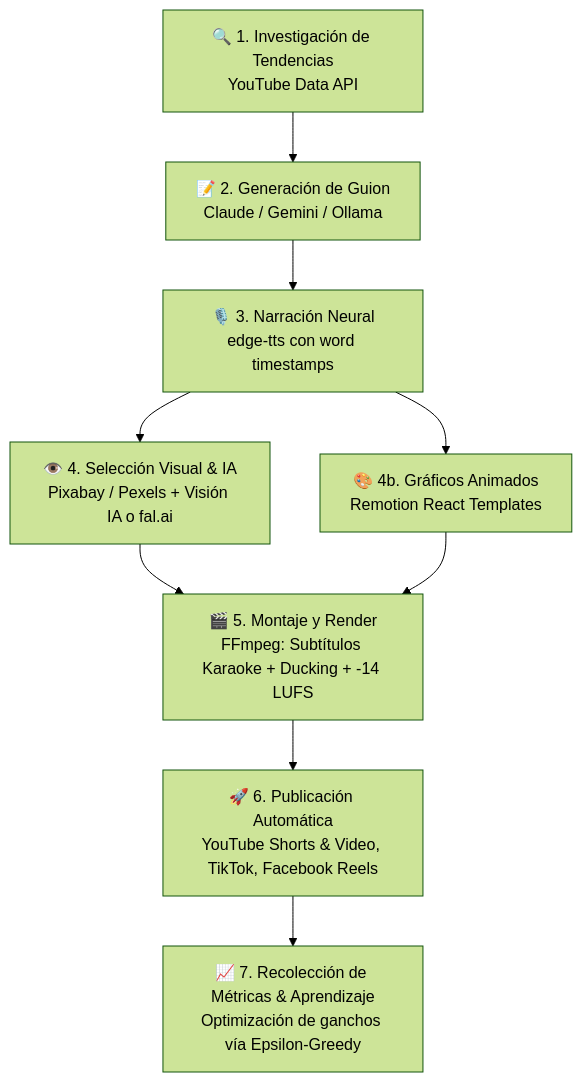
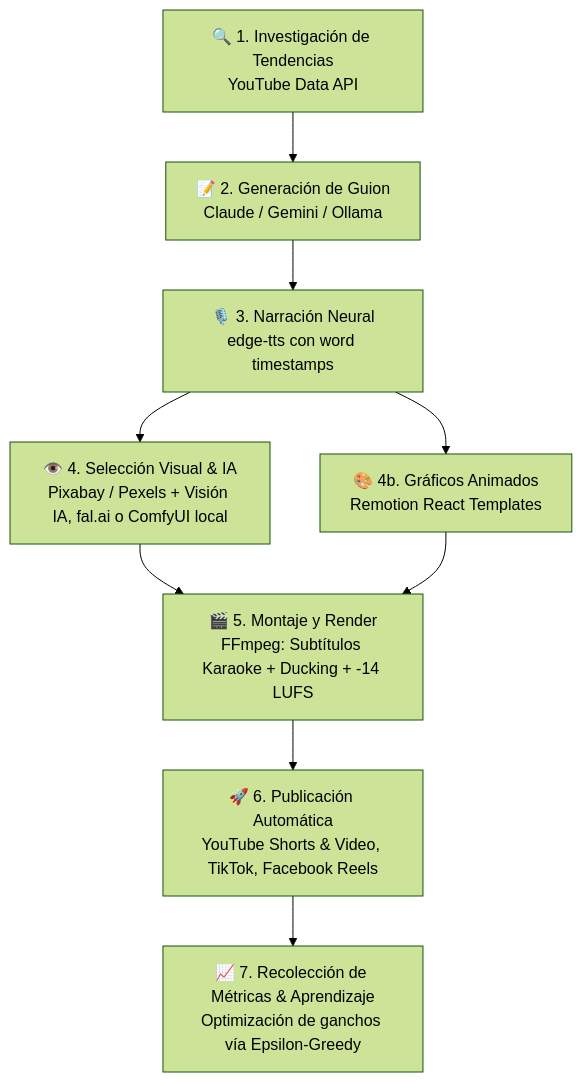
One commit to XxDroxzxX/Agente-Clip changed the diagram in README.md. Above: the diagram before and after it, drawn with Mermaid (forest theme). The commit also changed other lines of this file and 10 other files, not shown here.

First line of the commit message:
feat: proveedor de video IA local con ComfyUI (Wan 2.2 TI2V-5B)

````diff
--- a/README.md
+++ b/README.md
@@ -32,11 +32,11 @@
 ```mermaid
 flowchart TD
     A[🔍 1. Investigación de Tendencias\nYouTube Data API] --> B[📝 2. Generación de Guion\nClaude / Gemini / Ollama]
     B --> C[🎙️ 3. Narración Neural\nedge-tts con word timestamps]
-    C --> D[👁️ 4. Selección Visual & IA\nPixabay / Pexels + Visión IA o fal.ai]
+    C --> D[👁️ 4. Selección Visual & IA\nPixabay / Pexels + Visión IA, fal.ai o ComfyUI local]
     C --> E[🎨 4b. Gráficos Animados\nRemotion React Templates]
     D --> F[🎬 5. Montaje y Render\nFFmpeg: Subtítulos Karaoke + Ducking + -14 LUFS]
     E --> F
     F --> G[🚀 6. Publicación Automática\nYouTube Shorts & Video, TikTok, Facebook Reels]
     G --> H[📈 7. Recolección de Métricas & Aprendizaje\nOptimización de ganchos vía Epsilon-Greedy]
 ```
````
